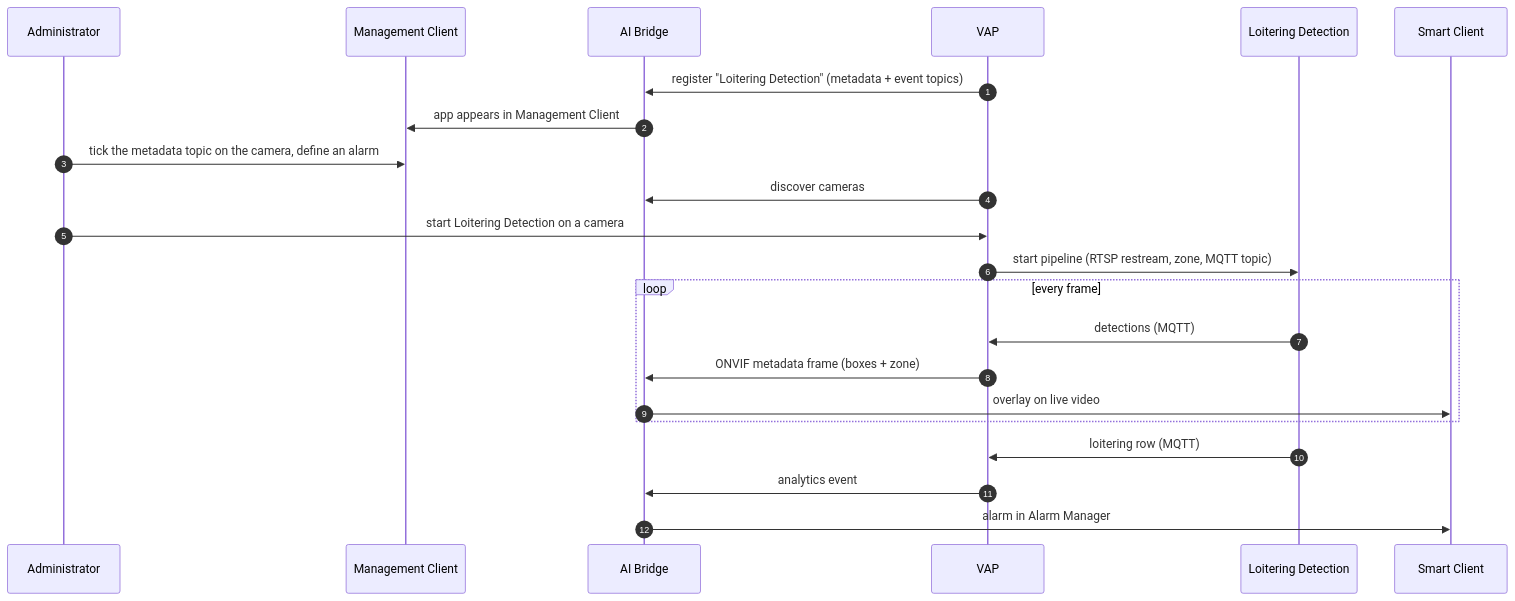
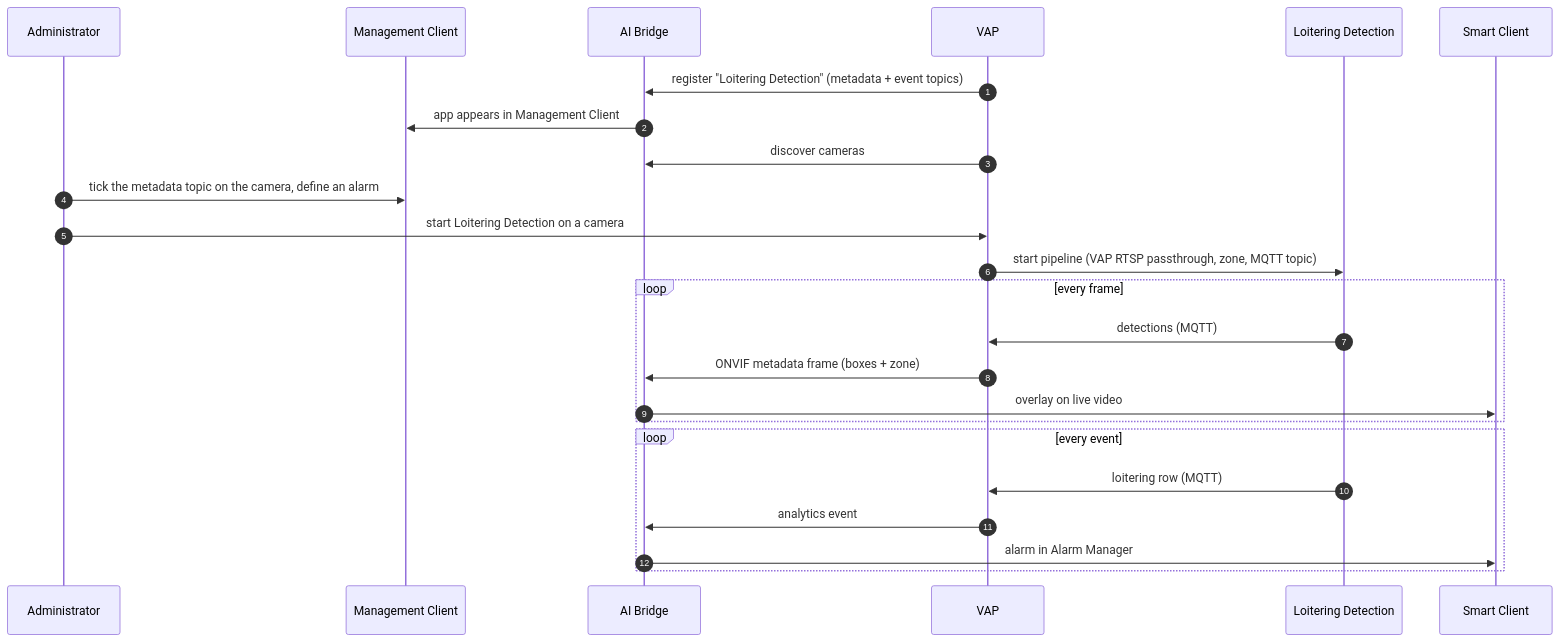
The second of 2 diagrams in vms-adapter-plugin/docs/user-guide/how-to-guides/integrations/milestone/index.md (14pankaj/metro-ai-suite), drawn with Mermaid before and after one commit. The commit also changed other lines of this file and 6 other files, not shown here.

````diff
--- a/vms-adapter-plugin/docs/user-guide/how-to-guides/integrations/milestone/index.md
+++ b/vms-adapter-plugin/docs/user-guide/how-to-guides/integrations/milestone/index.md
@@ -103,24 +108,26 @@
 ```mermaid
 sequenceDiagram
   autonumber
   participant Admin as Administrator
   participant MC as Management Client
   participant AIB as AI Bridge
   participant VAP as VAP
   participant DLS as Loitering Detection
   participant SC as Smart Client
   VAP->>AIB: register "Loitering Detection" (metadata + event topics)
   AIB->>MC: app appears in Management Client
+  VAP->>AIB: discover cameras
   Admin->>MC: tick the metadata topic on the camera, define an alarm
-  VAP->>AIB: discover cameras
   Admin->>VAP: start Loitering Detection on a camera
-  VAP->>DLS: start pipeline (RTSP restream, zone, MQTT topic)
+  VAP->>DLS: start pipeline (VAP RTSP passthrough, zone, MQTT topic)
   loop every frame
     DLS->>VAP: detections (MQTT)
     VAP->>AIB: ONVIF metadata frame (boxes + zone)
     AIB->>SC: overlay on live video
   end
-  DLS->>VAP: loitering row (MQTT)
-  VAP->>AIB: analytics event
-  AIB->>SC: alarm in Alarm Manager
+  loop every event
+    DLS->>VAP: loitering row (MQTT)
+    VAP->>AIB: analytics event
+    AIB->>SC: alarm in Alarm Manager
+  end
 ```
````
